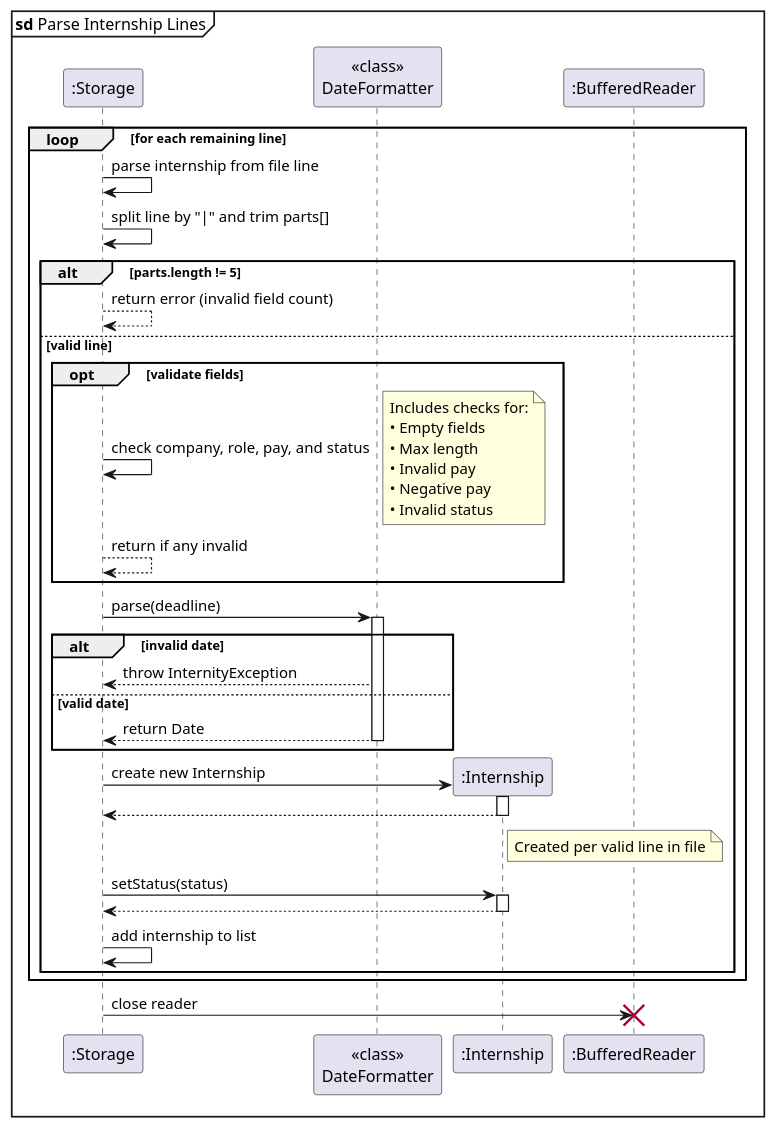
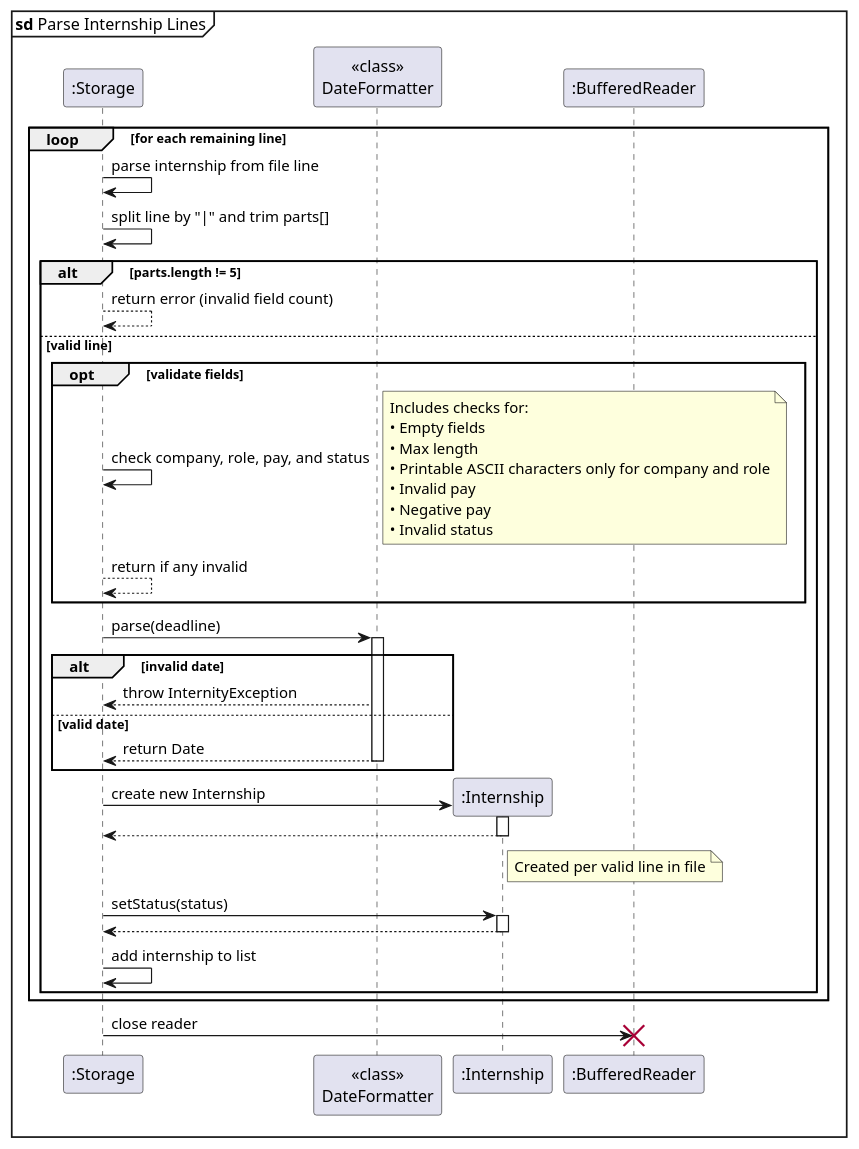
Before and after one commit to AY2526S1-CS2113-W14-4/tp: the diagram in docs/diagrams/StorageLoadSD_C.puml, drawn with PlantUML. The commit also changed 1 other file, not shown here.

Commit message:
Update UML with ASCII checks

```diff
--- a/docs/diagrams/StorageLoadSD_C.puml
+++ b/docs/diagrams/StorageLoadSD_C.puml
@@ -1,48 +1,48 @@
 @startuml
 mainframe **sd** Parse Internship Lines
 participant ":Storage" as S
 participant "<<class>>\nDateFormatter" as DF
 participant ":Internship" as Intern
 participant ":BufferedReader" as BR
 
 loop for each remaining line
     S -> S: parse internship from file line
     S -> S: split line by "|" and trim parts[]
 
     alt parts.length != 5
         S --> S: return error (invalid field count)
     else valid line
         opt validate fields
             S -> S: check company, role, pay, and status
-            note right: Includes checks for:\n• Empty fields\n• Max length\n• Invalid pay\n• Negative pay\n• Invalid status
+            note right: Includes checks for:\n• Empty fields\n• Max length\n• Printable ASCII characters only for company and role\n• Invalid pay\n• Negative pay\n• Invalid status
             S --> S: return if any invalid
         end
 
         S -> DF: parse(deadline)
         activate DF
         alt invalid date
             DF --> S: throw InternityException
         else valid date
             DF --> S: return Date
             deactivate DF
         end
 
 
         create Intern
         S -> Intern**: create new Internship
         activate Intern
         return
         note right of Intern: Created per valid line in file
 
         S -> Intern: setStatus(status)
         activate Intern
         Intern --> S
         deactivate Intern
 
         S -> S: add internship to list
     end
 end
 
 S -> BR: close reader
 destroy BR
 @enduml
```
